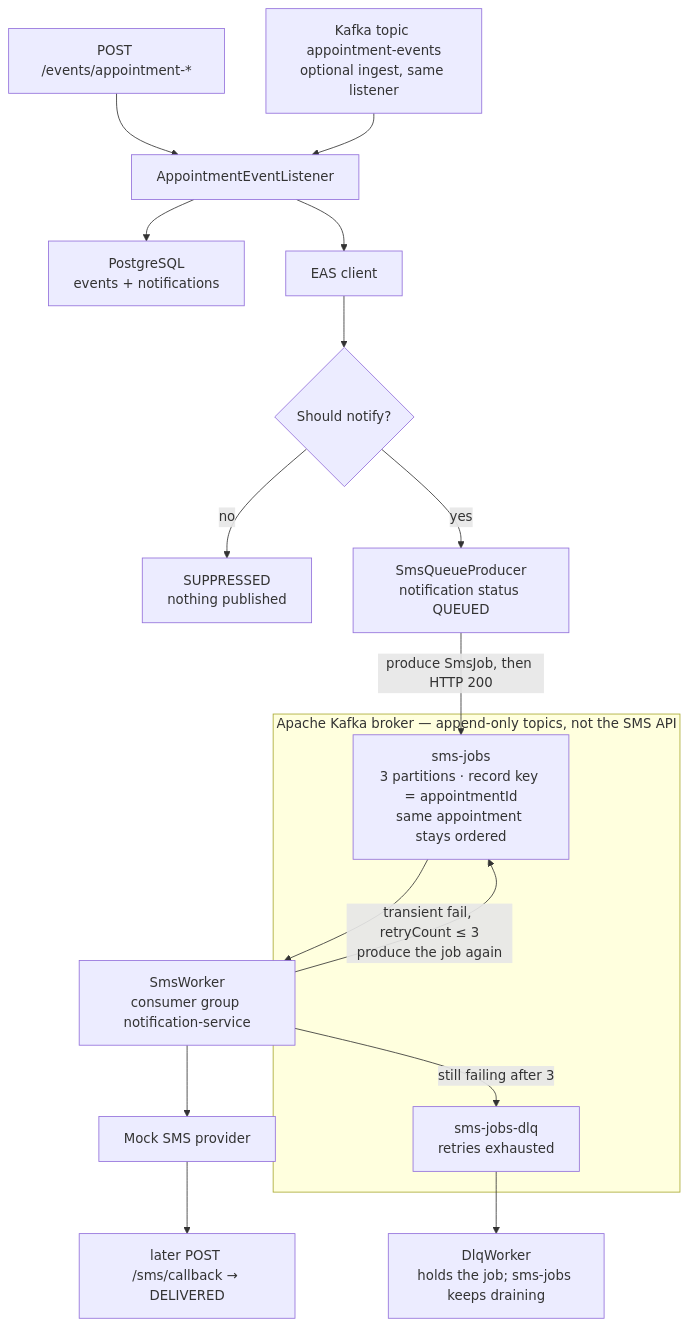
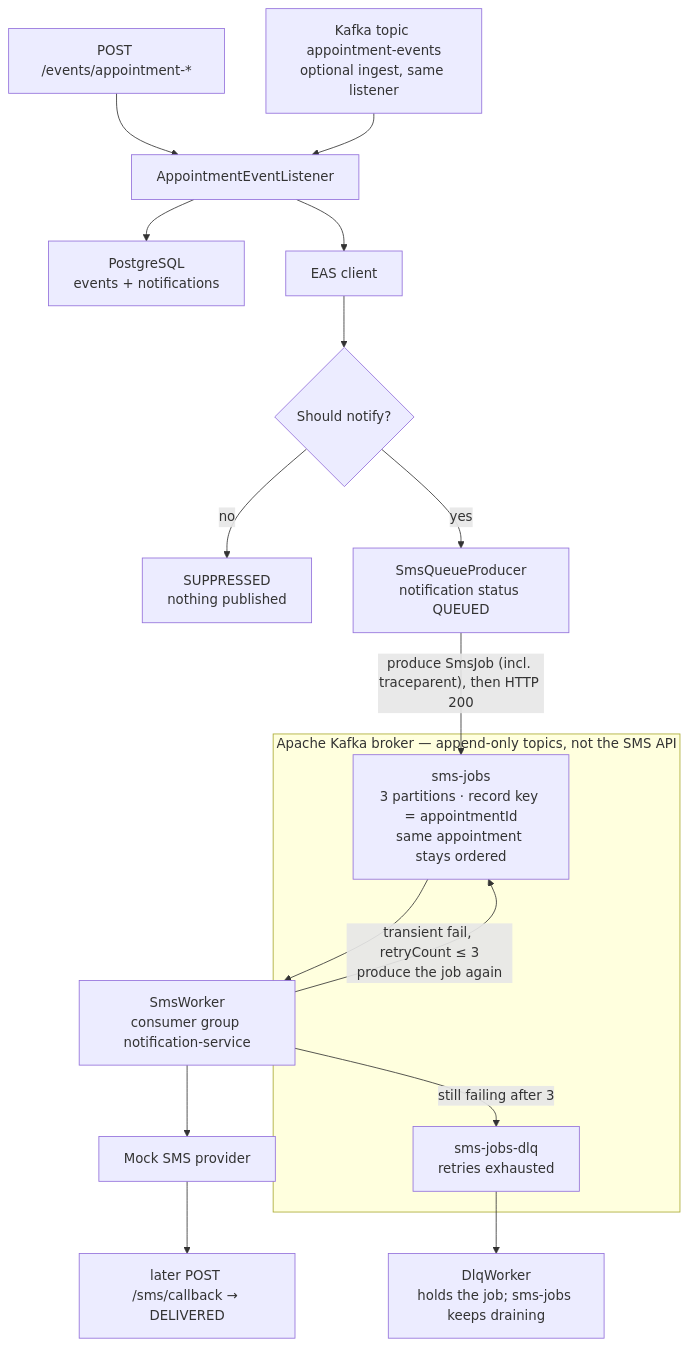
One commit to kelleyrobinson27/thunderyard changed the diagram in README.md. Above: the diagram before and after it, drawn with Mermaid. The commit also changed other lines of this file and 14 other files, not shown here.

Commit message:
Carry W3C traceparent on SmsJob and persist traceId on the notification.

````diff
--- a/README.md
+++ b/README.md
@@ -20,23 +20,23 @@
 ```mermaid
 flowchart TB
   HTTP["POST /events/appointment-*"] --> Listener["AppointmentEventListener"]
   Bus["Kafka topic appointment-events<br/>optional ingest, same listener"] --> Listener
   Listener --> Store["PostgreSQL<br/>events + notifications"]
   Listener --> EAS["EAS client"]
   EAS --> Decide{"Should notify?"}
   Decide -->|no| Suppressed["SUPPRESSED<br/>nothing published"]
   Decide -->|yes| Producer["SmsQueueProducer<br/>notification status QUEUED"]
 
   subgraph Broker["Apache Kafka broker — append-only topics, not the SMS API"]
     Jobs["sms-jobs<br/>3 partitions · record key = appointmentId<br/>same appointment stays ordered"]
     DLQ["sms-jobs-dlq<br/>retries exhausted"]
   end
 
-  Producer -->|"produce SmsJob, then HTTP 200"| Jobs
+  Producer -->|"produce SmsJob (incl. traceparent), then HTTP 200"| Jobs
   Jobs --> Worker["SmsWorker<br/>consumer group notification-service"]
   Worker --> Provider["Mock SMS provider"]
   Worker -->|"transient fail, retryCount ≤ 3<br/>produce the job again"| Jobs
   Worker -->|"still failing after 3"| DLQ
   DLQ --> DlqWorker["DlqWorker<br/>holds the job; sms-jobs keeps draining"]
   Provider --> Callback["later POST /sms/callback → DELIVERED"]
 ```
````
